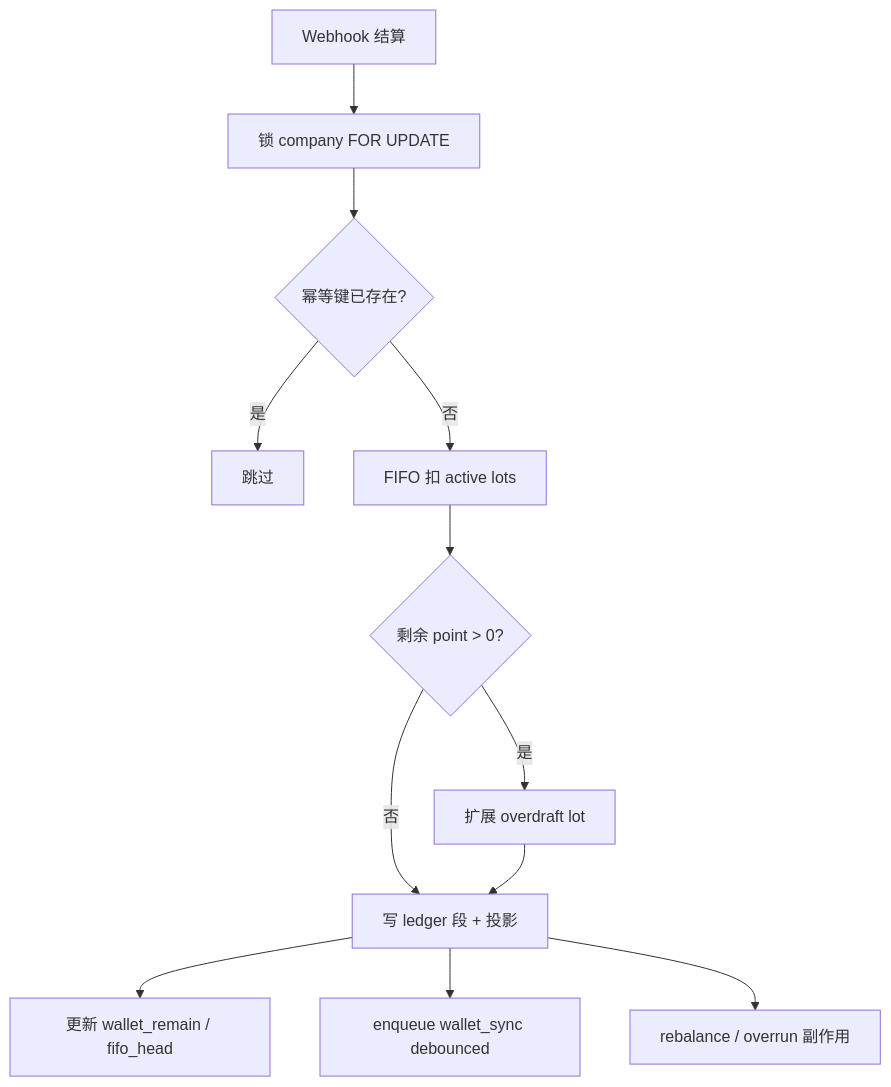
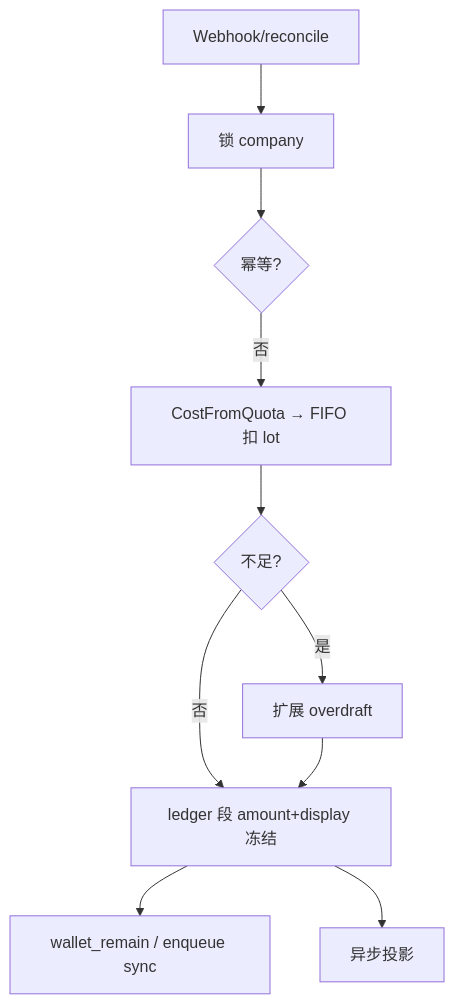
Before and after one commit to quyip8818/mytokenjoy: the fifth of 6 diagrams in docs/Backend-计费模式.md, drawn with Mermaid. The commit also changed other lines of this file and 23 other files, not shown here.

First line of the commit message:
fix(billing): align point/display write-read boundaries

````diff
--- a/docs/Backend-计费模式.md
+++ b/docs/Backend-计费模式.md
@@ -224,14 +192,12 @@
 ```mermaid
 flowchart TD
-    A[Webhook 结算] --> B[锁 company FOR UPDATE]
-    B --> C{幂等键已存在?}
-    C -->|是| Z[跳过]
-    C -->|否| D[FIFO 扣 active lots]
-    D --> E{剩余 point > 0?}
-    E -->|否| F[写 ledger 段 + 投影]
-    E -->|是| G[扩展 overdraft lot]
-    G --> F
-    F --> H[更新 wallet_remain / fifo_head]
-    F --> I[enqueue wallet_sync debounced]
-    F --> J[rebalance / overrun 副作用]
+  A[Webhook/reconcile] --> B[锁 company]
+  B --> C{幂等?}
+  C -->|否| D[CostFromQuota → FIFO 扣 lot]
+  D --> E{不足?}
+  E -->|是| F[扩展 overdraft]
+  E -->|否| G[ledger 段 amount+display 冻结]
+  F --> G
+  G --> H[wallet_remain / enqueue sync]
+  G --> I[异步投影]
 ```
````
